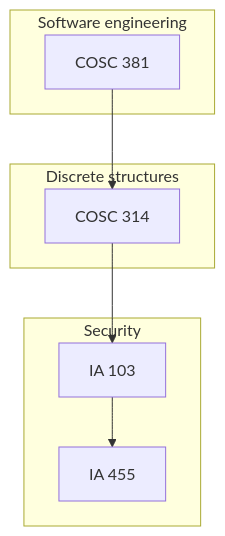
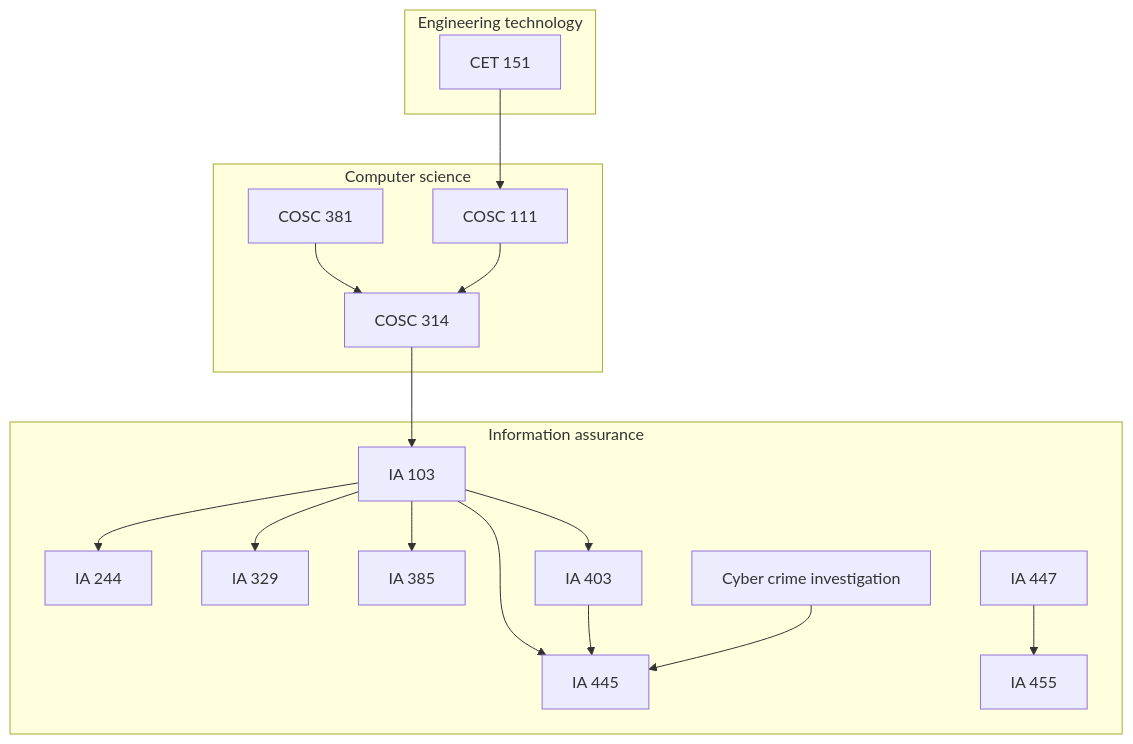
Before and after one commit to Jkbarros/college-projects: the diagram in README.md, drawn with Mermaid. The commit also changed other lines of this file and 1 other file, not shown here.

Commit message:
Expand index with all EMU course repositories

````diff
--- a/README.md
+++ b/README.md
@@ -25,16 +35,34 @@
 ```mermaid
 flowchart TB
-  subgraph eng [Software engineering]
+  subgraph engtech [Engineering technology]
+    CET151[CET 151]
+  end
+  subgraph cs [Computer science]
+    C111[COSC 111]
     C381[COSC 381]
-  end
-  subgraph theory [Discrete structures]
     C314[COSC 314]
   end
-  subgraph sec [Security]
+  subgraph sec [Information assurance]
     IA103[IA 103]
+    IA244[IA 244]
+    IA329[IA 329]
+    IA385[IA 385]
+    IA403[IA 403]
+    IA445[IA 445]
+    IA447[IA 447]
     IA455[IA 455]
+    CCI[Cyber crime investigation]
   end
+  CET151 --> C111
   C381 --> C314
+  C111 --> C314
   C314 --> IA103
-  IA103 --> IA455
+  IA103 --> IA244
+  IA103 --> IA329
+  IA103 --> IA385
+  IA103 --> IA403
+  IA103 --> IA445
+  IA447 --> IA455
+  IA403 --> IA445
+  CCI --> IA445
 ```
````
